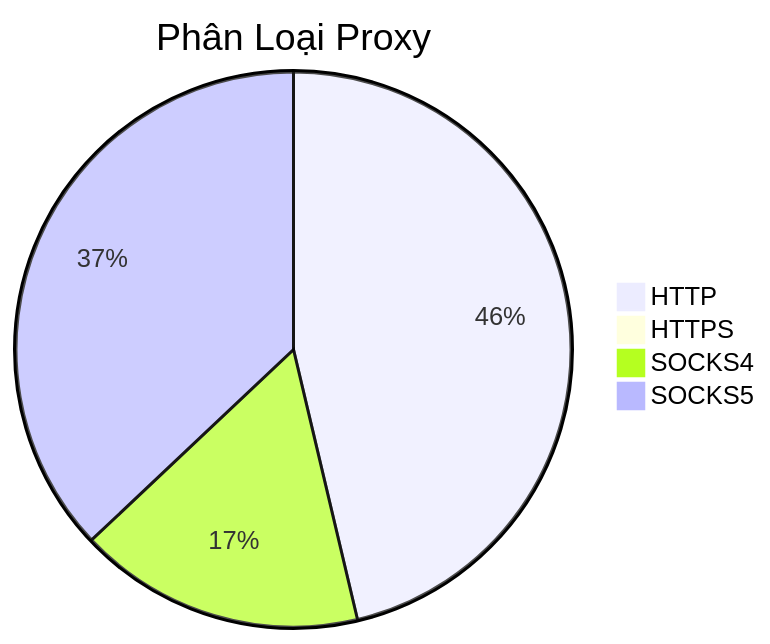
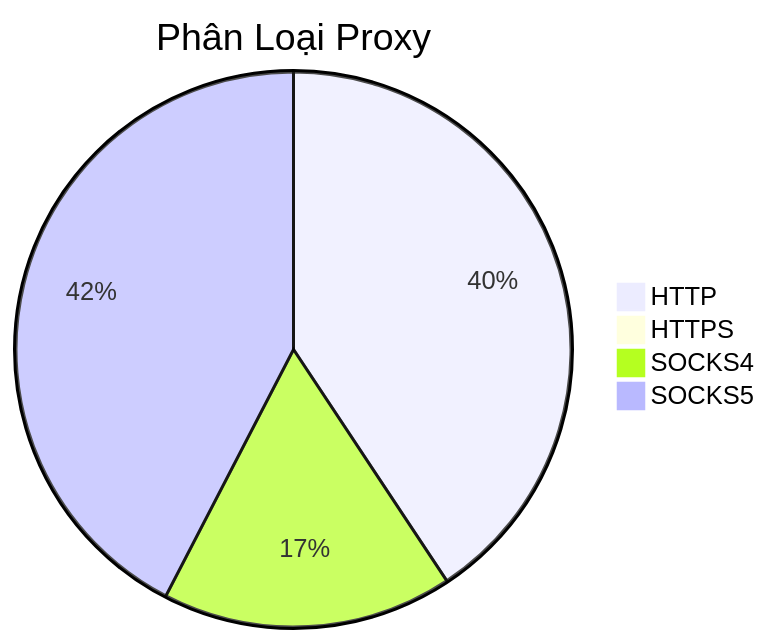
One commit to Ciara-Aa/PROXY-free changed the diagram in README.md. Above: the diagram before and after it, drawn with Mermaid. The commit also changed other lines of this file and 4 other files, not shown here.

````diff
--- a/README.md
+++ b/README.md
@@ -26,7 +26,7 @@
 ```mermaid
 pie title Phân Loại Proxy
-    "HTTP" : 275
-    "HTTPS" : 2
+    "HTTP" : 238
+    "HTTPS" : 3
     "SOCKS4" : 99
-    "SOCKS5" : 220
+    "SOCKS5" : 248
 ```
````
